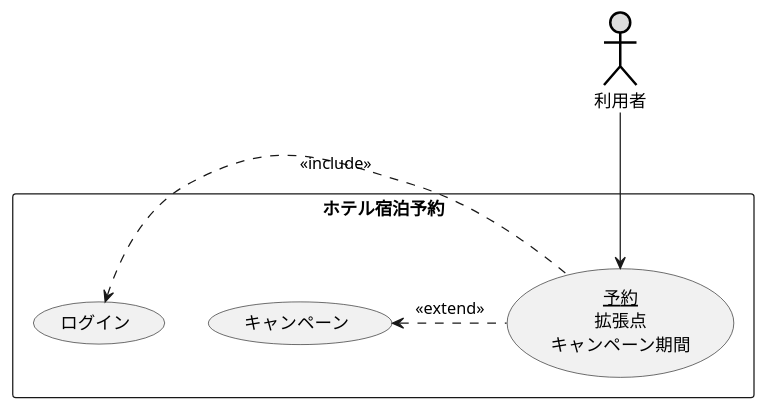
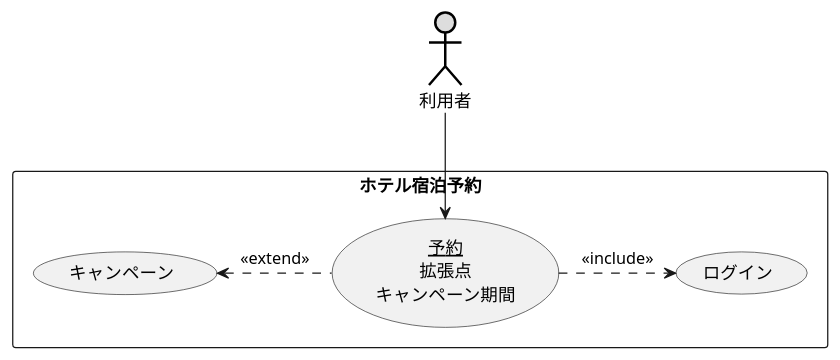
One commit to Skypeace8585/uml-introduction changed the diagram in 演習2-4_キャンペーン中のホテルの予約.pu. Above: the diagram before and after it, drawn with PlantUML.

```diff
--- a/演習2-4_キャンペーン中のホテルの予約.pu
+++ b/演習2-4_キャンペーン中のホテルの予約.pu
@@ -1,11 +1,11 @@
 @startuml
 actor 利用者 #DDDDDD;line:black;line.bold;
 rectangle ホテル宿泊予約{
     usecase ログイン
     usecase キャンペーン
     usecase (<u>予約</u>\n拡張点\nキャンペーン期間) as input
 }
   利用者-->input
   キャンペーン <. input : << extend >>
- ログイン <. input : << include >>
+ input .> ログイン : << include >>
 @enduml
```
